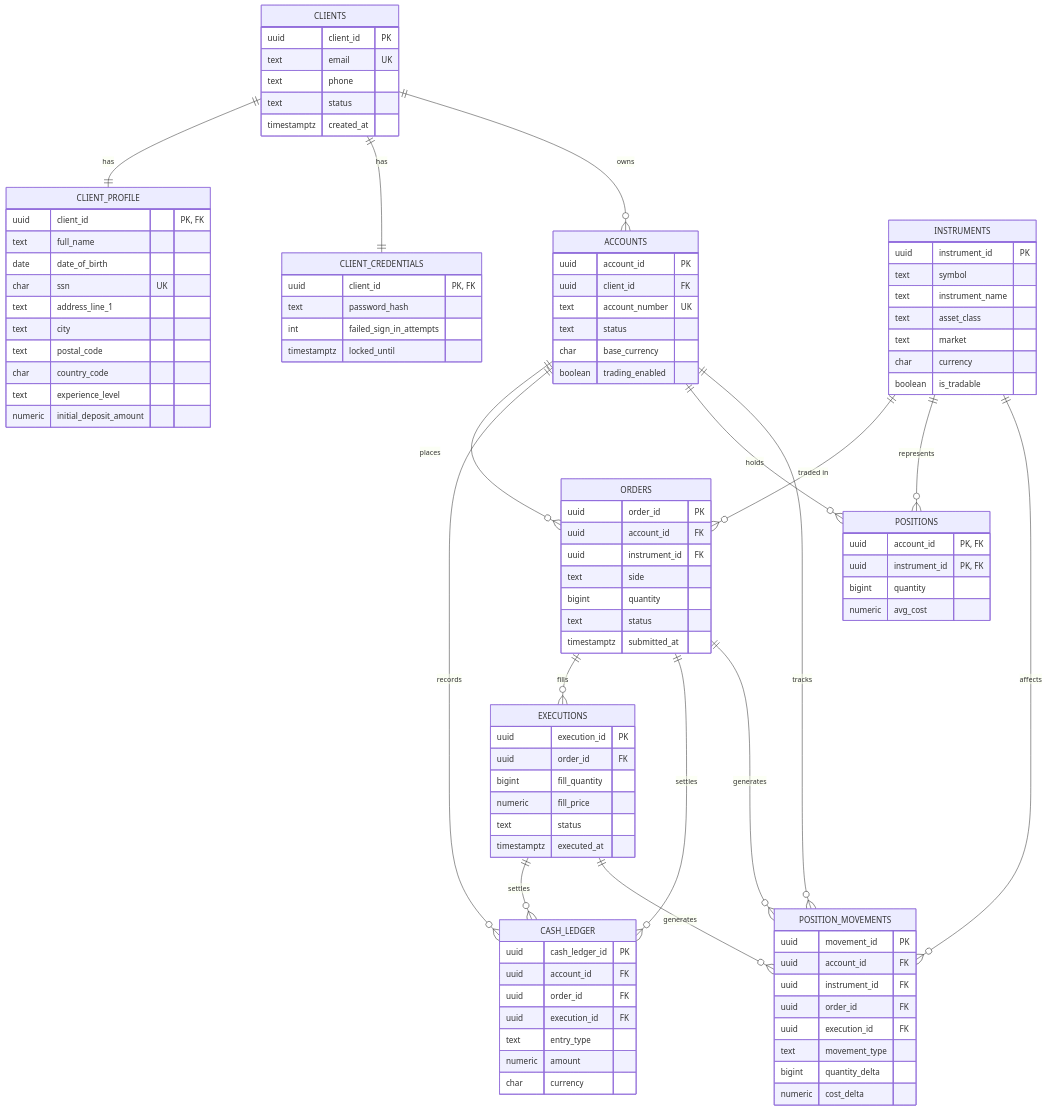
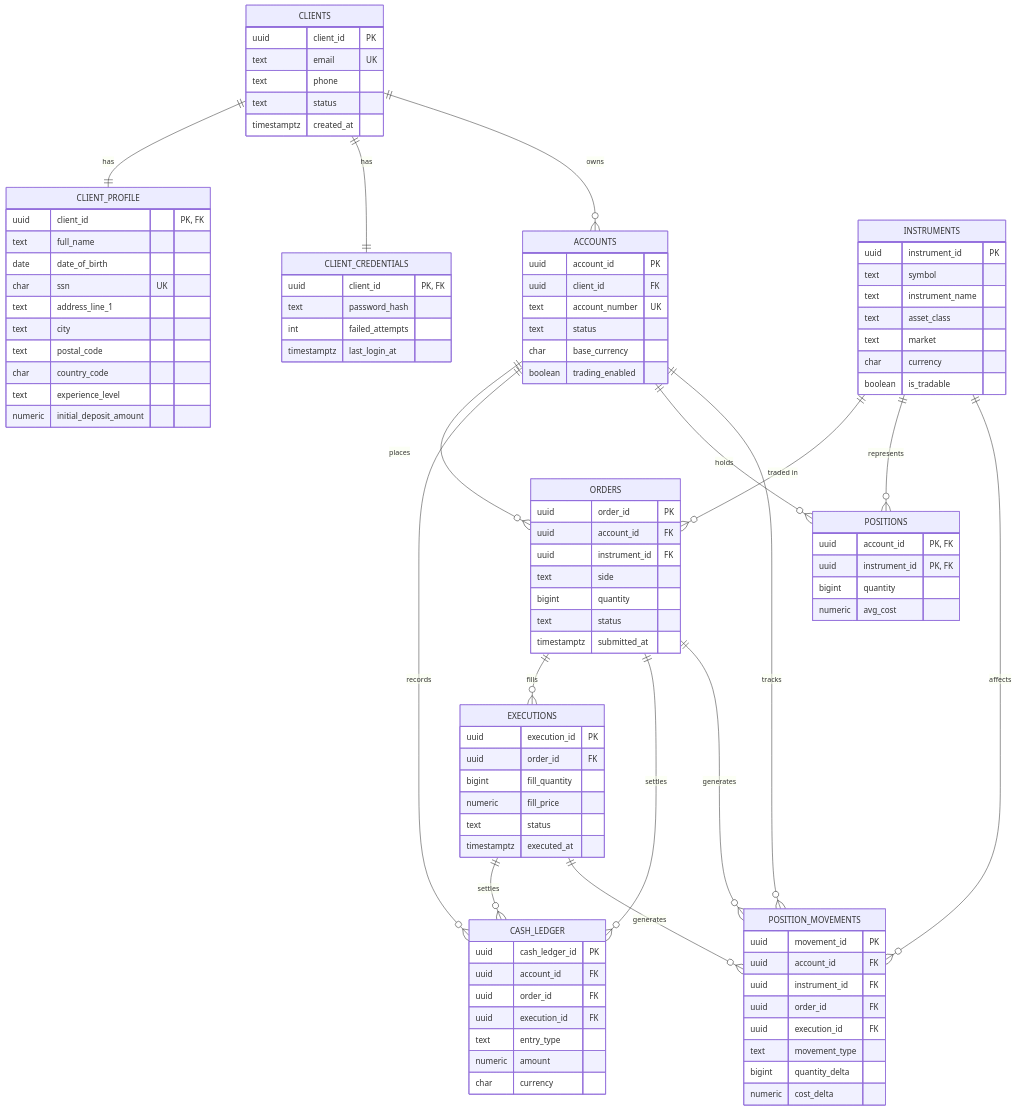
The second of 2 diagrams in README.md (chrismuss04/leap-laugh-love), drawn with Mermaid before and after one commit. The commit also changed 9 other files, not shown here.

Commit message:
fix: rename failed_sign_in_attempts to failed_attempts and locked_until to last_login_at in client_credentials schema

```diff
--- a/README.md
+++ b/README.md
@@ -212,8 +212,8 @@
     CLIENT_CREDENTIALS {
         uuid client_id "PK, FK"
         text password_hash
-        int failed_sign_in_attempts
-        timestamptz locked_until
+        int failed_attempts
+        timestamptz last_login_at
     }
     ACCOUNTS {
         uuid account_id PK
```
